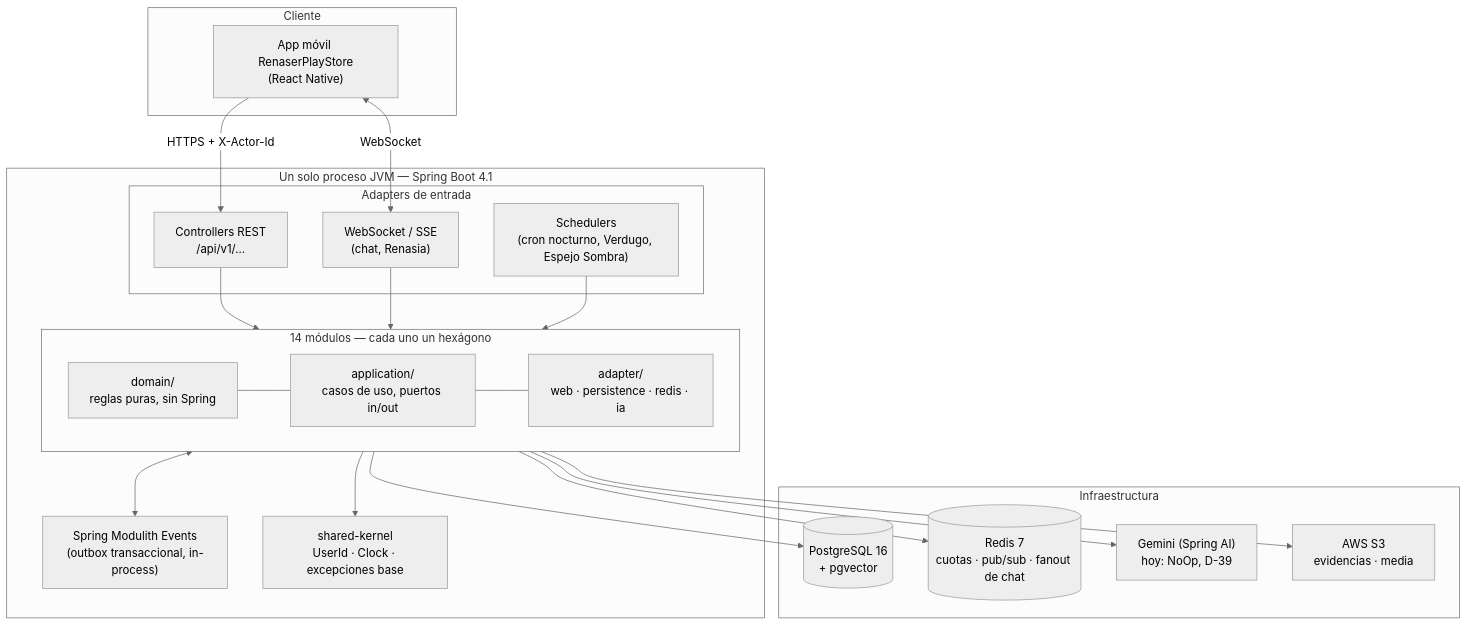
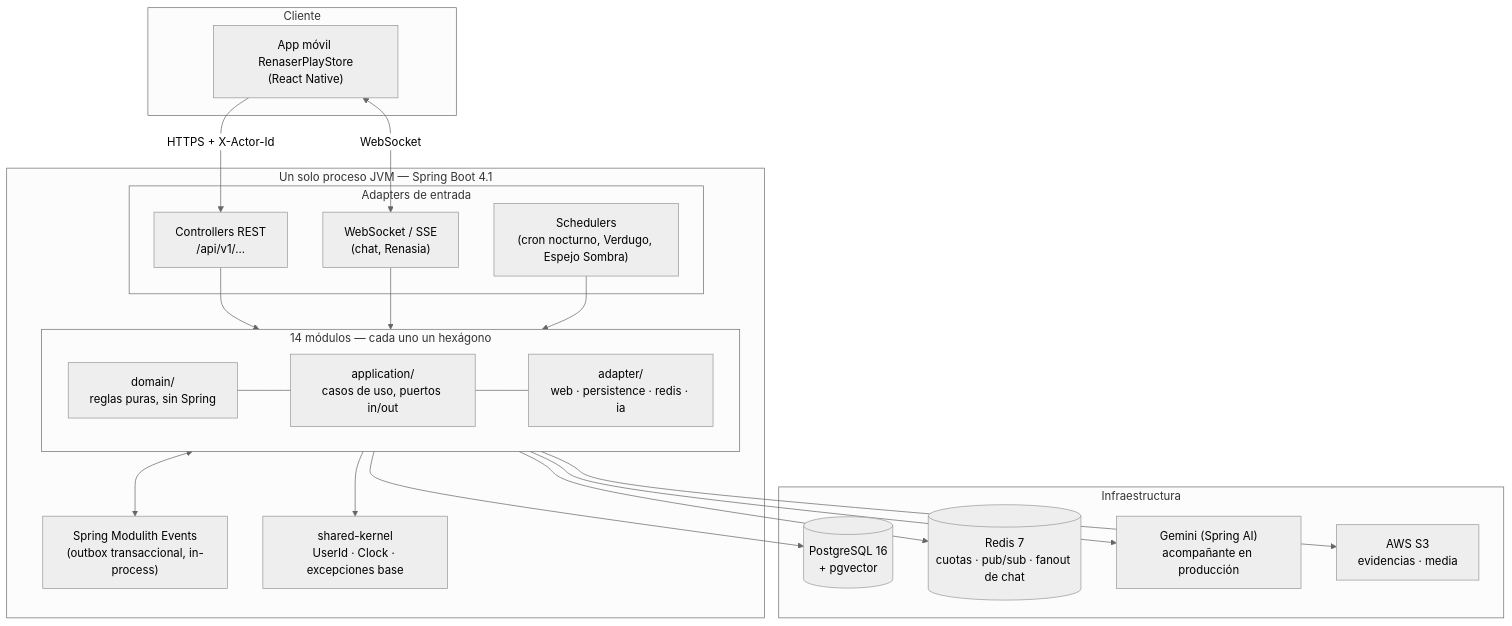
Before and after one commit to ricardoIsmael/Renaser-90-dias-backend: the first of 4 diagrams in README.md, drawn with Mermaid (neutral theme). The commit also changed other lines of this file and 19 other files, not shown here.

````diff
--- a/README.md
+++ b/README.md
@@ -25,44 +25,44 @@
 ```mermaid
 graph TB
     subgraph Cliente
         APP["App móvil RenaserPlayStore<br/>(React Native)"]
     end
 
     subgraph JVM["Un solo proceso JVM — Spring Boot 4.1"]
         subgraph WEB["Adapters de entrada"]
             REST["Controllers REST<br/>/api/v1/..."]
             WS["WebSocket / SSE<br/>(chat, Renasia)"]
             SCHED["Schedulers<br/>(cron nocturno, Verdugo, Espejo Sombra)"]
         end
 
         subgraph CORE["14 módulos — cada uno un hexágono"]
             direction LR
             M1["domain/<br/>reglas puras, sin Spring"]
             M2["application/<br/>casos de uso, puertos in/out"]
             M3["adapter/<br/>web · persistence · redis · ia"]
             M1 --- M2 --- M3
         end
 
         EVENTS["Spring Modulith Events<br/>(outbox transaccional, in-process)"]
         SHARED["shared-kernel<br/>UserId · Clock · excepciones base"]
     end
 
     subgraph INFRA["Infraestructura"]
         PG[("PostgreSQL 16<br/>+ pgvector")]
         REDIS[("Redis 7<br/>cuotas · pub/sub · fanout de chat")]
-        GEMINI["Gemini (Spring AI)<br/>hoy: NoOp, D-39"]
+        GEMINI["Gemini (Spring AI)<br/>acompañante en producción"]
         S3["AWS S3<br/>evidencias · media"]
     end
 
     APP -->|HTTPS + X-Actor-Id| REST
     APP <-->|WebSocket| WS
     REST --> CORE
     WS --> CORE
     SCHED --> CORE
     CORE <--> EVENTS
     CORE --> SHARED
     CORE --> PG
     CORE --> REDIS
     CORE --> GEMINI
     CORE --> S3
 ```
````
